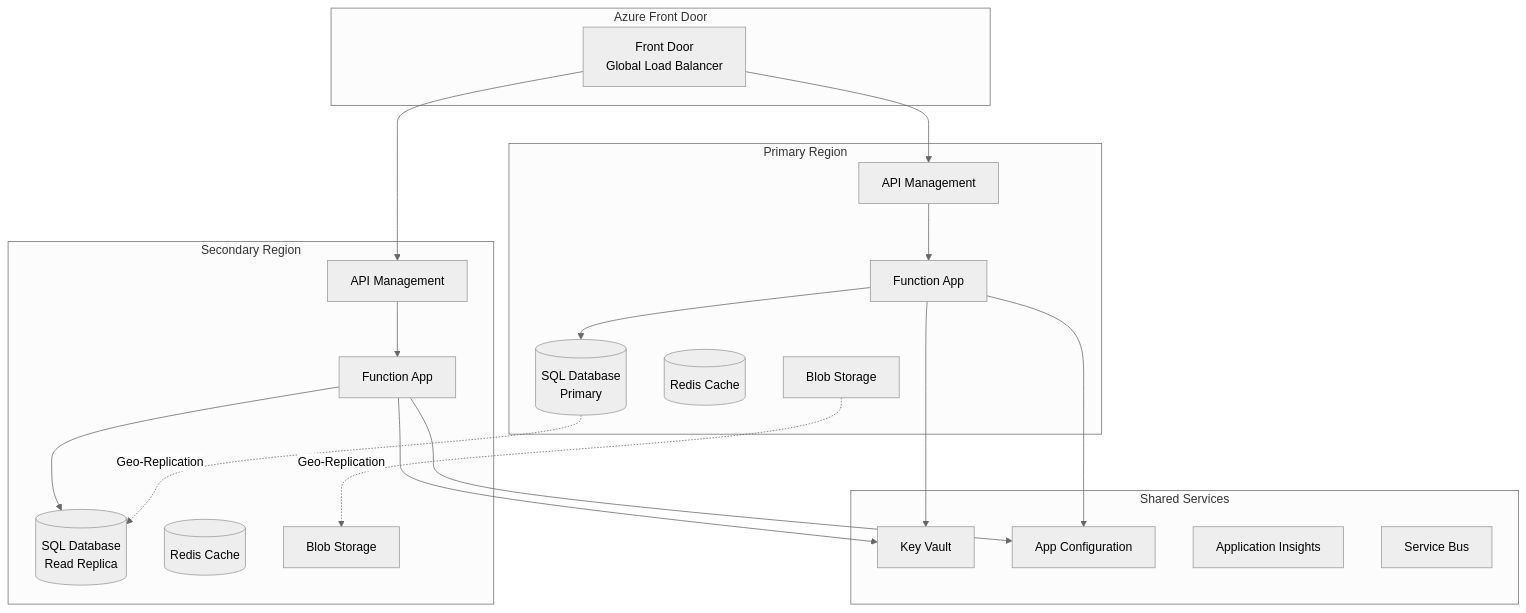
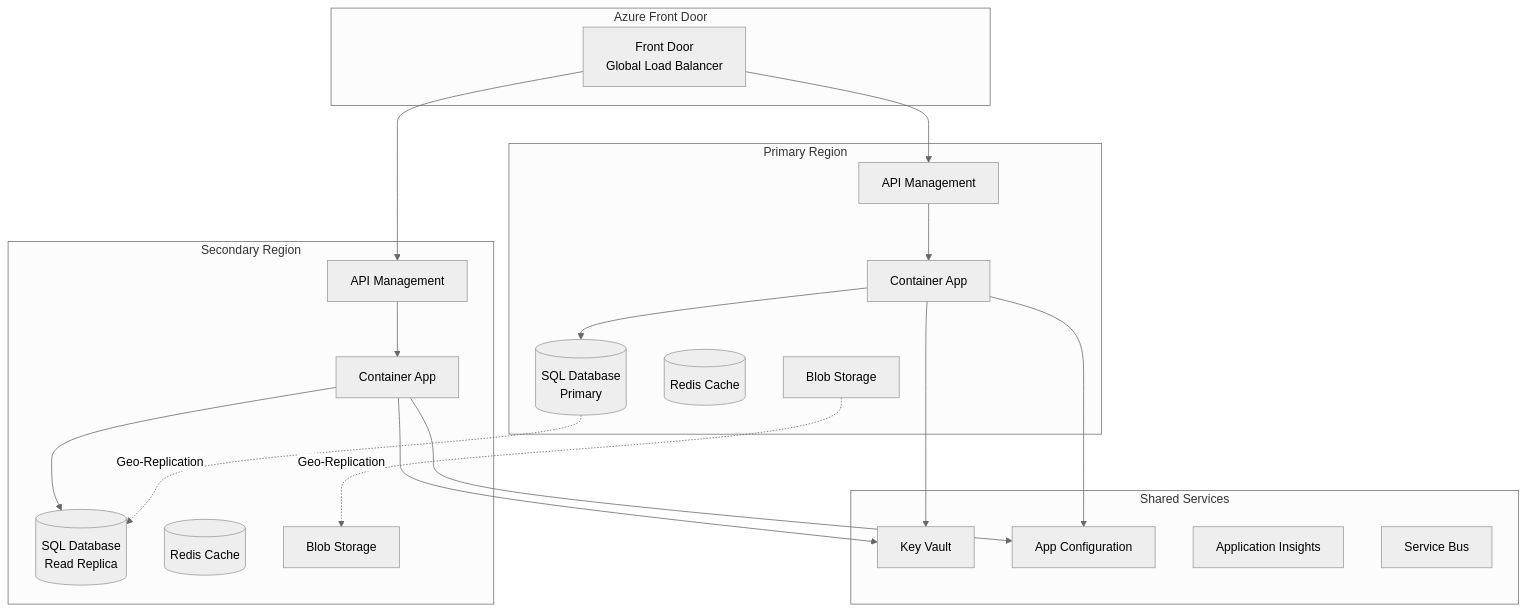
The third of 3 diagrams in 6-Docs/specs/hotshot-logistics-platform/design.md (dpalfery/bolt-hotshot-logistics), drawn with Mermaid (neutral theme) before and after one commit. The commit also changed other lines of this file and 136 other files, not shown here.

````diff
--- a/6-Docs/specs/hotshot-logistics-platform/design.md
+++ b/6-Docs/specs/hotshot-logistics-platform/design.md
@@ -1006,42 +1022,42 @@
 ```mermaid
 graph TB
     subgraph "Azure Front Door"
         FD[Front Door<br/>Global Load Balancer]
     end
     
     subgraph "Primary Region"
         APIM1[API Management]
-        FUNC1[Function App]
+        ACA1[Container App]
         SQL1[(SQL Database<br/>Primary)]
         REDIS1[(Redis Cache)]
         BLOB1[Blob Storage]
     end
     
     subgraph "Secondary Region"
         APIM2[API Management]
-        FUNC2[Function App]
+        ACA2[Container App]
         SQL2[(SQL Database<br/>Read Replica)]
         REDIS2[(Redis Cache)]
         BLOB2[Blob Storage]
     end
     
     subgraph "Shared Services"
         KV[Key Vault]
         AC[App Configuration]
         AI[Application Insights]
         SB[Service Bus]
     end
     
     FD --> APIM1
     FD --> APIM2
-    APIM1 --> FUNC1
-    APIM2 --> FUNC2
-    FUNC1 --> SQL1
-    FUNC2 --> SQL2
+    APIM1 --> ACA1
+    APIM2 --> ACA2
+    ACA1 --> SQL1
+    ACA2 --> SQL2
     SQL1 -.->|Geo-Replication| SQL2
     BLOB1 -.->|Geo-Replication| BLOB2
-    FUNC1 --> KV
-    FUNC2 --> KV
-    FUNC1 --> AC
-    FUNC2 --> AC
+    ACA1 --> KV
+    ACA2 --> KV
+    ACA1 --> AC
+    ACA2 --> AC
 ```
````
